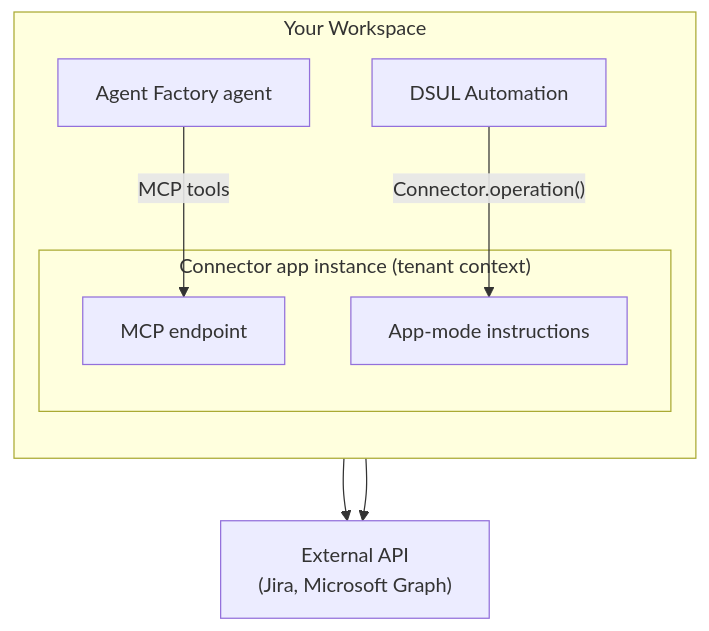
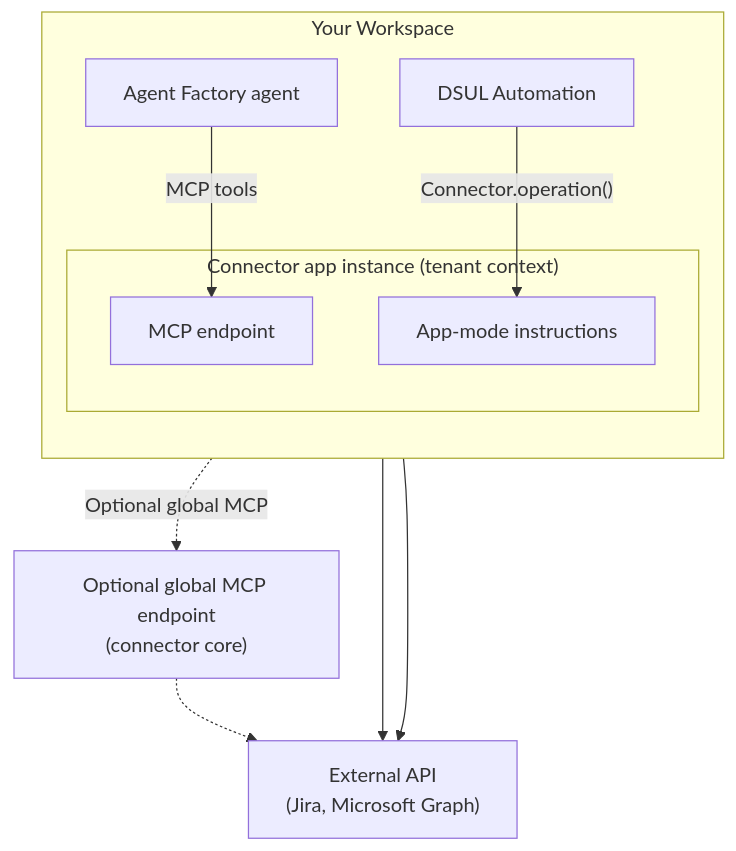
One commit to prismeai/docs changed the diagram in apps-store/marketplace/connectors/overview.mdx. Above: the diagram before and after it, drawn with Mermaid. The commit also changed other lines of this file and 3 other files, not shown here.

Commit message:
docs(connectors): document connector architecture

````diff
--- a/apps-store/marketplace/connectors/overview.mdx
+++ b/apps-store/marketplace/connectors/overview.mdx
@@ -170,18 +170,21 @@
 ```mermaid
 flowchart TB
     subgraph tenant["Your Workspace"]
         direction TB
         dsul["DSUL Automation"]
         agent["Agent Factory agent"]
         subgraph inst["Connector app instance (tenant context)"]
             mcp["MCP endpoint"]
             app["App-mode instructions"]
         end
     end
+    core["Optional global MCP endpoint<br/>(connector core)"]
     api["External API<br/>(Jira, Microsoft Graph)"]
 
     dsul -->|"Connector.operation()"| app
     agent -->|"MCP tools"| mcp
+    agent -.->|"Optional global MCP"| core
     mcp --> api
     app --> api
+    core -.-> api
 ```
````
